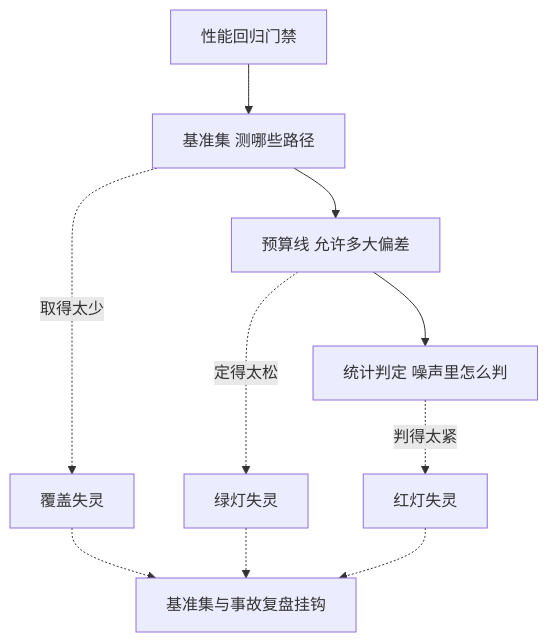
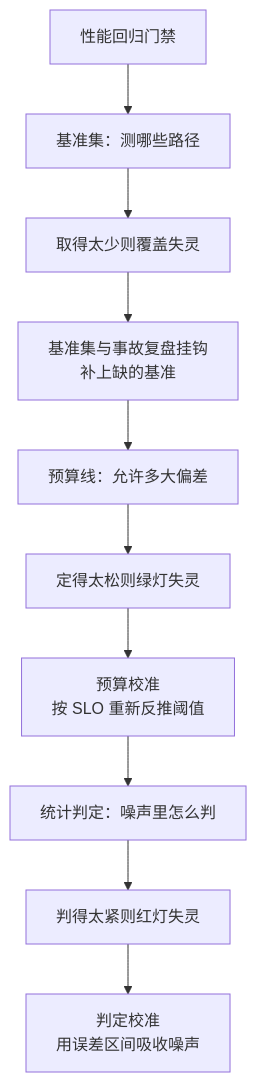
Before and after one commit to hub138/technical-knowledge: the first of 3 diagrams in vault/工程知识/性能工程：从用户等待到资源瓶颈/观测与诊断/性能回归门禁：把性能预算写进CI.md, drawn with Mermaid. The commit also changed other lines of this file and 622 other files, not shown here.

````diff
--- a/vault/工程知识/性能工程：从用户等待到资源瓶颈/观测与诊断/性能回归门禁：把性能预算写进CI.md
+++ b/vault/工程知识/性能工程：从用户等待到资源瓶颈/观测与诊断/性能回归门禁：把性能预算写进CI.md
@@ -34,12 +46,12 @@
 ```mermaid
 flowchart TB
-    G["性能回归门禁"] --> A["基准集 测哪些路径"]
-    A --> B["预算线 允许多大偏差"]
-    B --> C["统计判定 噪声里怎么判"]
-    A -.->|"取得太少"| X1["覆盖失灵"]
-    B -.->|"定得太松"| X2["绿灯失灵"]
-    C -.->|"判得太紧"| X3["红灯失灵"]
-    X1 -.-> F["基准集与事故复盘挂钩"]
-    X2 -.-> F
-    X3 -.-> F
+    G["性能回归门禁"] --> A["基准集：测哪些路径"]
+    A --> X1["取得太少则覆盖失灵"]
+    X1 --> F1["基准集与事故复盘挂钩<br/>补上缺的基准"]
+    F1 --> B["预算线：允许多大偏差"]
+    B --> X2["定得太松则绿灯失灵"]
+    X2 --> F2["预算校准<br/>按 SLO 重新反推阈值"]
+    F2 --> C["统计判定：噪声里怎么判"]
+    C --> X3["判得太紧则红灯失灵"]
+    X3 --> F3["判定校准<br/>用误差区间吸收噪声"]
 ```
````
